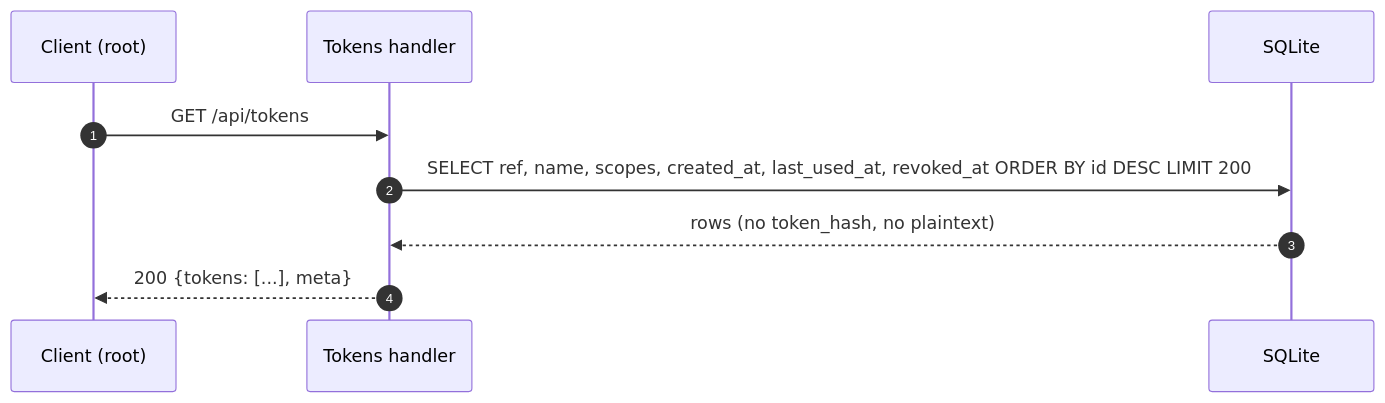
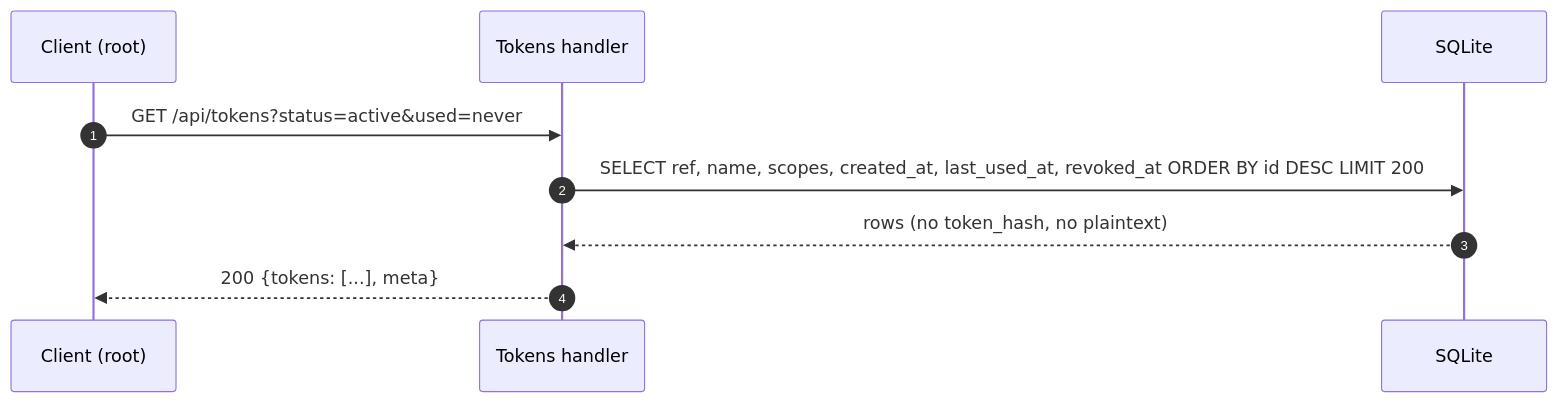
The diagram in docs/endpoints/GET_api_tokens.md (dimasbaguspm/spenicle), drawn with Mermaid before and after one commit. The commit also changed other lines of this file and 50 other files, not shown here.

````diff
--- a/docs/endpoints/GET_api_tokens.md
+++ b/docs/endpoints/GET_api_tokens.md
@@ -43,11 +48,11 @@
 ```mermaid
 sequenceDiagram
     autonumber
     participant C as Client (root)
     participant H as Tokens handler
     participant DB as SQLite
-    C->>H: GET /api/tokens
+    C->>H: GET /api/tokens?status=active&used=never
     H->>DB: SELECT ref, name, scopes, created_at, last_used_at, revoked_at ORDER BY id DESC LIMIT 200
     DB-->>H: rows (no token_hash, no plaintext)
     H-->>C: 200 {tokens: [...], meta}
 ```
````
